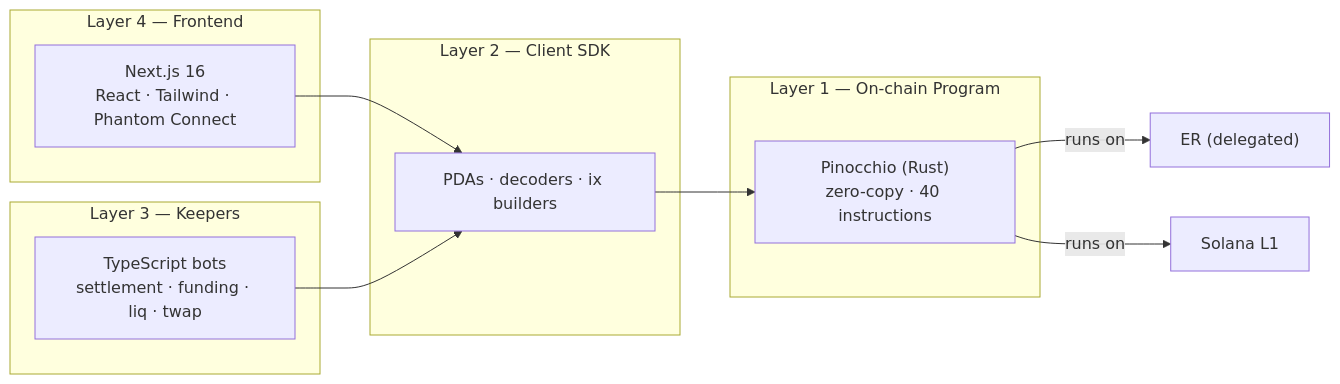
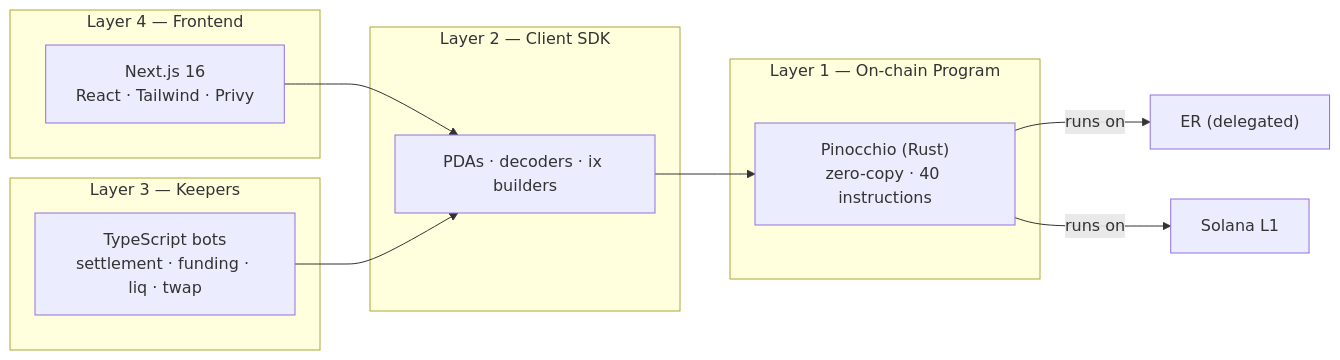
The second of 10 diagrams in docs/00-architecture-diagrams.md (Ansh-699/SlipStream), drawn with Mermaid before and after one commit. The commit also changed 5 other files, not shown here.

````diff
--- a/docs/00-architecture-diagrams.md
+++ b/docs/00-architecture-diagrams.md
@@ -107,21 +107,21 @@
 ```mermaid
 flowchart LR
   subgraph L4["Layer 4 — Frontend"]
-    F["Next.js 16<br/>React · Tailwind · Phantom Connect"]
+    F["Next.js 16<br/>React · Tailwind · Privy"]
   end
   subgraph L3["Layer 3 — Keepers"]
     K["TypeScript bots<br/>settlement · funding · liq · twap"]
   end
   subgraph L2["Layer 2 — Client SDK"]
     S["PDAs · decoders · ix builders"]
   end
   subgraph L1p["Layer 1 — On-chain Program"]
     P["Pinocchio (Rust)<br/>zero-copy · 40 instructions"]
   end
 
   F --> S
   K --> S
   S --> P
   P -->|runs on| ER2["ER (delegated)"]
   P -->|runs on| L1b["Solana L1"]
 ```
````
